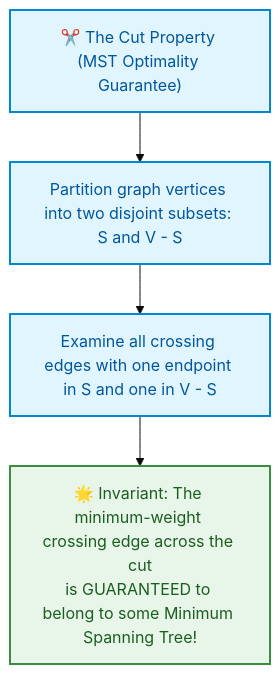
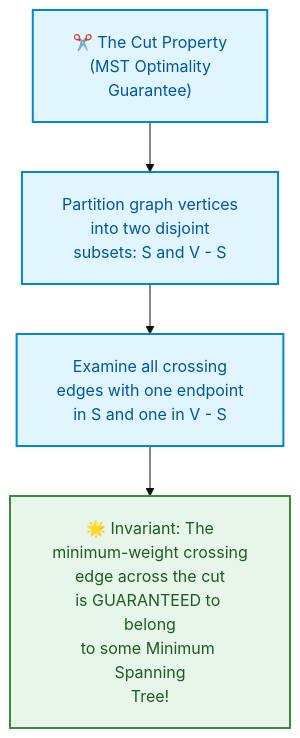
Diagram 12 of 15 in week_09_graph_algorithms_i/Week_09_Visual_Concepts_Playbook_HYBRID.md (dip4k/DSA_102), drawn with Mermaid (base theme) before and after one commit. The commit also changed other lines of this file and 108 other files, not shown here.

First line of the commit message:
fix(mermaid): resolve diagram clipping, padding, and syntax issues across repo

````diff
--- a/week_09_graph_algorithms_i/Week_09_Visual_Concepts_Playbook_HYBRID.md
+++ b/week_09_graph_algorithms_i/Week_09_Visual_Concepts_Playbook_HYBRID.md
@@ -435,10 +446,11 @@
 ```mermaid
+%%{init: {"flowchart": {"htmlLabels": true, "padding": 20}}}%%
 flowchart TD
     classDef cut fill:#e1f5fe,stroke:#0288d1,color:#01579b,stroke-width:2px;
     classDef min fill:#e8f5e9,stroke:#388e3c,color:#1b5e20,stroke-width:2px;
 
-    C["✂️ The Cut Property (MST Optimality Guarantee)"]:::cut
-    C --> P1["Partition graph vertices into two disjoint subsets: S and V - S"]:::cut
-    P1 --> P2["Examine all crossing edges with one endpoint in S and one in V - S"]:::cut
-    P2 --> Min["🌟 Invariant: The minimum-weight crossing edge across the cut<br/>is GUARANTEED to belong to some Minimum Spanning Tree!"]:::min
+    C["✂️ The Cut Property<br/>(MST Optimality<br/>Guarantee)"]:::cut
+    C --> P1["Partition graph vertices<br/>into two disjoint<br/>subsets: S and V - S"]:::cut
+    P1 --> P2["Examine all crossing<br/>edges with one endpoint<br/>in S and one in V - S"]:::cut
+    P2 --> Min["🌟 Invariant: The<br/>minimum-weight crossing<br/>edge across the cut<br/>is GUARANTEED to belong<br/>to some Minimum Spanning<br/>Tree!"]:::min
 ```
````
